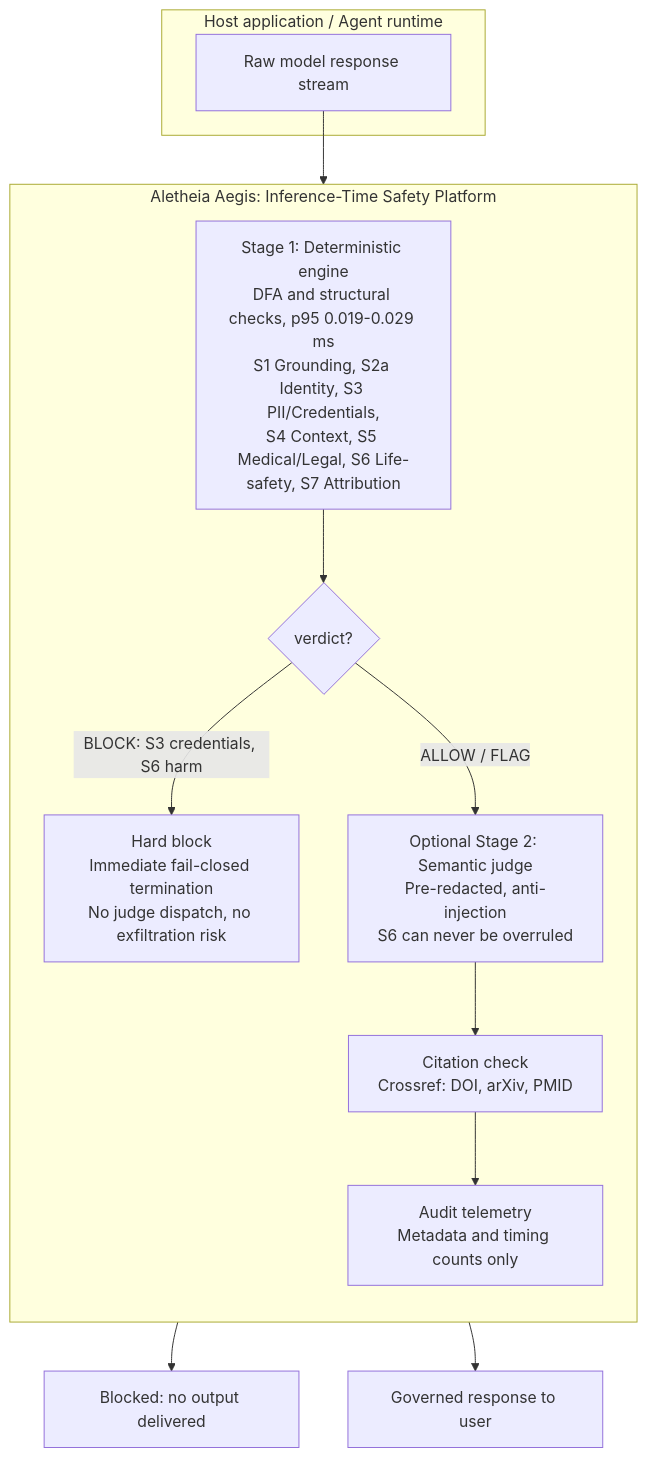
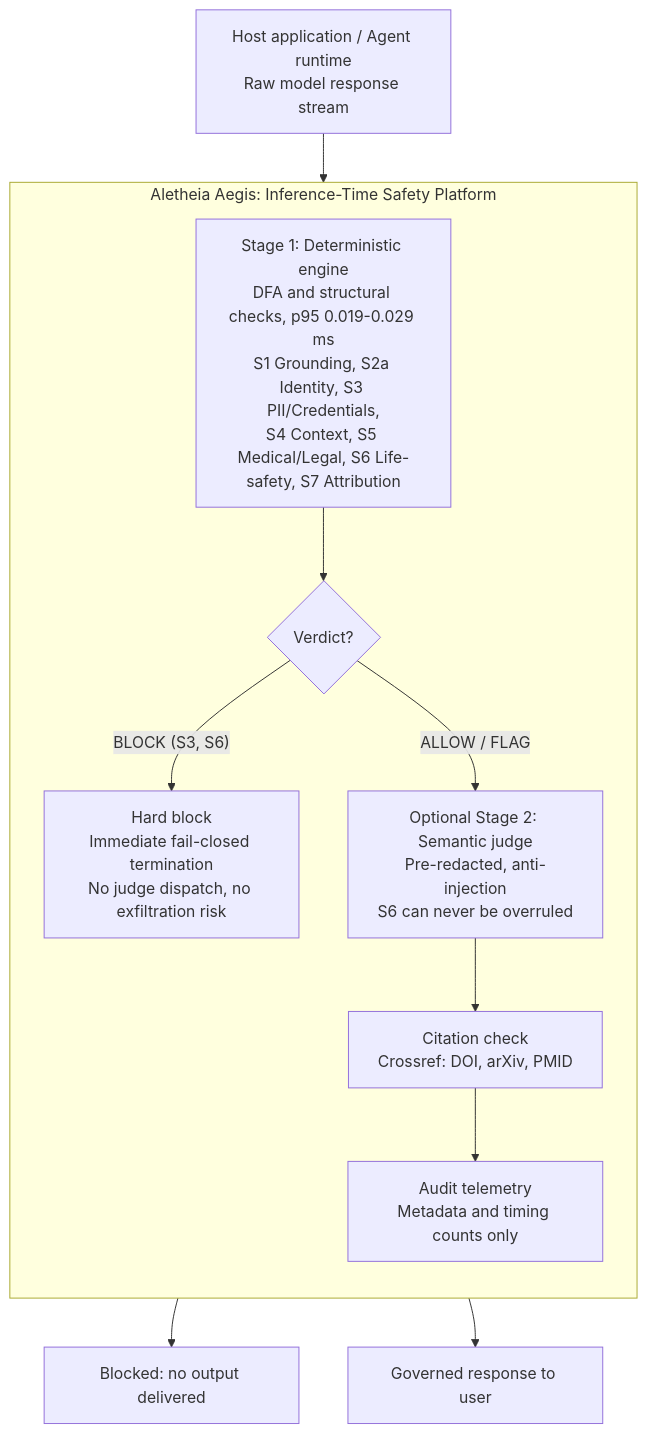
Before and after one commit to vikasny30/aletheia-aegis: the diagram in README.md, drawn with Mermaid.

Commit message:
docs: fix Mermaid flowchart layout and shorten BLOCK edge label

````diff
--- a/README.md
+++ b/README.md
@@ -47,20 +47,18 @@
 ```mermaid
 flowchart TB
-    subgraph Host["Host application / Agent runtime"]
-        A[Raw model response stream]
-    end
+    A["Host application / Agent runtime<br/>Raw model response stream"]
 
     subgraph Aegis["Aletheia Aegis: Inference-Time Safety Platform"]
         direction TB
         B["Stage 1: Deterministic engine<br/>DFA and structural checks, p95 0.019-0.029 ms<br/>S1 Grounding, S2a Identity, S3 PII/Credentials,<br/>S4 Context, S5 Medical/Legal, S6 Life-safety, S7 Attribution"]
-        B --> C{ verdict? }
-        C -- "BLOCK: S3 credentials, S6 harm" --> D["Hard block<br/>Immediate fail-closed termination<br/>No judge dispatch, no exfiltration risk"]
-        C -- "ALLOW / FLAG" --> E["Optional Stage 2: Semantic judge<br/>Pre-redacted, anti-injection<br/>S6 can never be overruled"]
+        B --> C{"Verdict?"}
+        C -->|"BLOCK (S3, S6)"| D["Hard block<br/>Immediate fail-closed termination<br/>No judge dispatch, no exfiltration risk"]
+        C -->|"ALLOW / FLAG"| E["Optional Stage 2: Semantic judge<br/>Pre-redacted, anti-injection<br/>S6 can never be overruled"]
         E --> F["Citation check<br/>Crossref: DOI, arXiv, PMID"]
         F --> G["Audit telemetry<br/>Metadata and timing counts only"]
     end
 
     A --> B
-    D --> H[Blocked: no output delivered]
-    G --> I[Governed response to user]
+    D --> H["Blocked: no output delivered"]
+    G --> I["Governed response to user"]
 ```
````
